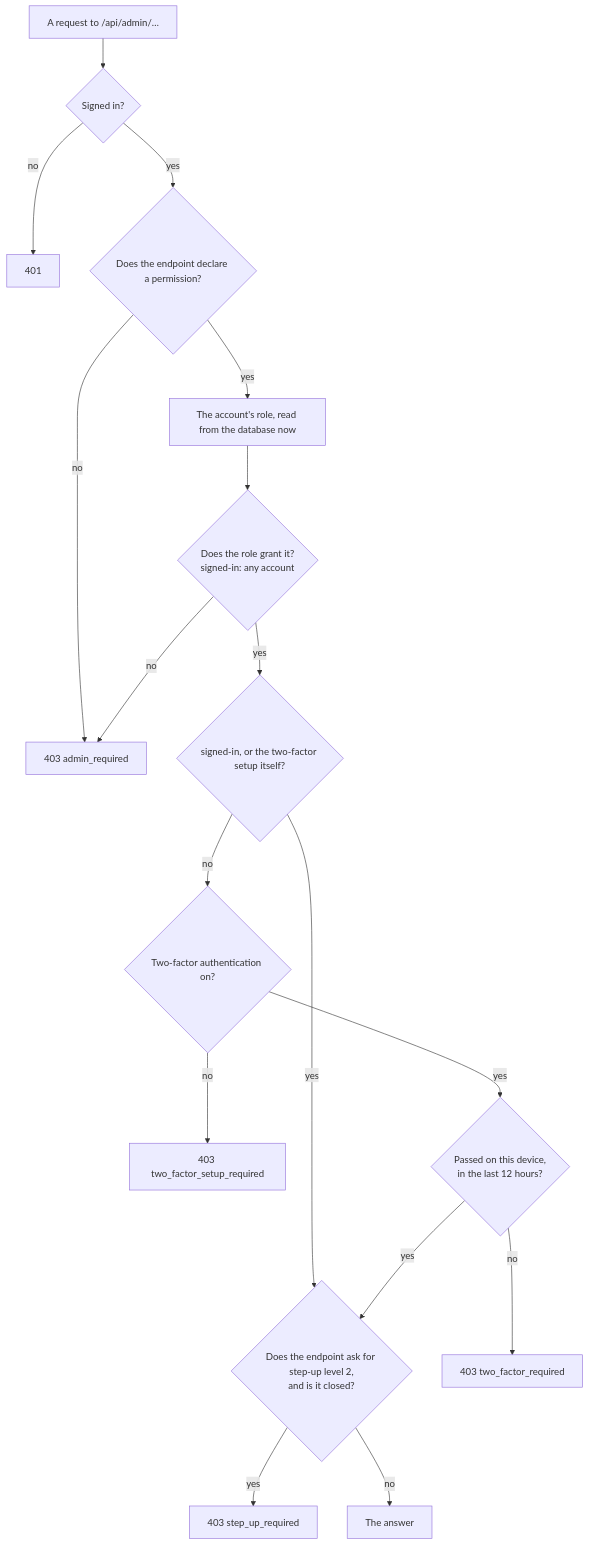
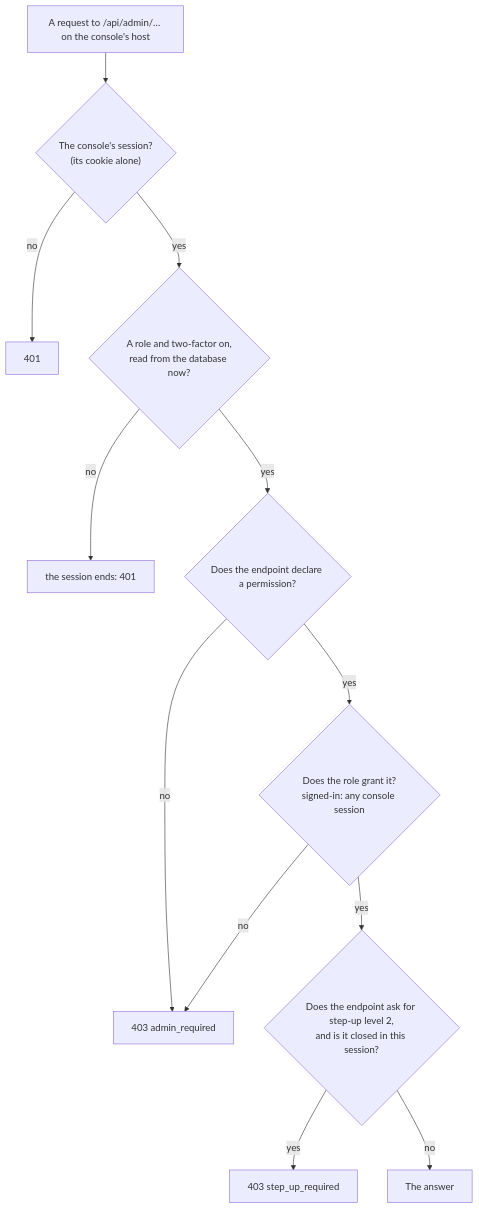
The third of 6 diagrams in docs/architecture/admin.md (vinh466/tohe-play), drawn with Mermaid before and after one commit. The commit also changed other lines of this file and 131 other files, not shown here.

Commit message:
feat: the console on a host of its own, with its own sign-in (ADR 0042, fourth step)

````diff
--- a/docs/architecture/admin.md
+++ b/docs/architecture/admin.md
@@ -59,19 +118,14 @@
 ```mermaid
 flowchart TD
-  request["A request to /api/admin/…"] --> signed{"Signed in?"}
-  signed -- no --> unauthorized["401"]
-  signed -- yes --> declared{"Does the endpoint declare a permission?"}
+  request["A request to /api/admin/… on the console's host"] --> session{"The console's session?<br/>(its cookie alone)"}
+  session -- no --> unauthorized["401"]
+  session -- yes --> holds{"A role and two-factor on,<br/>read from the database now?"}
+  holds -- no --> ended["the session ends: 401"]
+  holds -- yes --> declared{"Does the endpoint declare a permission?"}
   declared -- no --> refused["403 admin_required"]
-  declared -- yes --> role["The account's role, read from the database now"]
-  role --> grants{"Does the role grant it?<br/>signed-in: any account"}
+  declared -- yes --> grants{"Does the role grant it?<br/>signed-in: any console session"}
   grants -- no --> refused
-  grants -- yes --> open{"signed-in, or the two-factor setup itself?"}
-  open -- yes --> stepup
-  open -- no --> enabled{"Two-factor authentication on?"}
-  enabled -- no --> setup["403 two_factor_setup_required"]
-  enabled -- yes --> passed{"Passed on this device,<br/>in the last 12 hours?"}
-  passed -- no --> code["403 two_factor_required"]
-  passed -- yes --> stepup{"Does the endpoint ask for step-up level 2,<br/>and is it closed?"}
+  grants -- yes --> stepup{"Does the endpoint ask for step-up level 2,<br/>and is it closed in this session?"}
   stepup -- yes --> step["403 step_up_required"]
   stepup -- no --> answer["The answer"]
 ```
````
